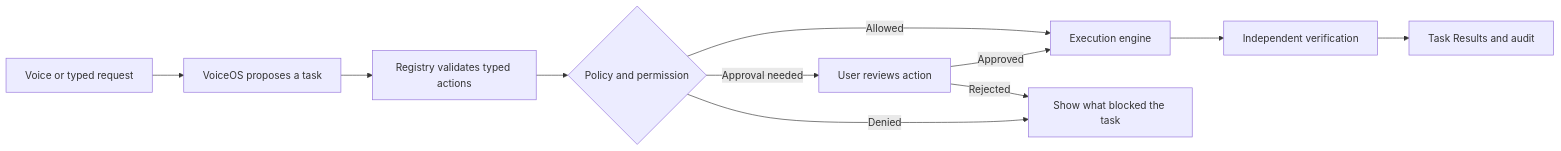
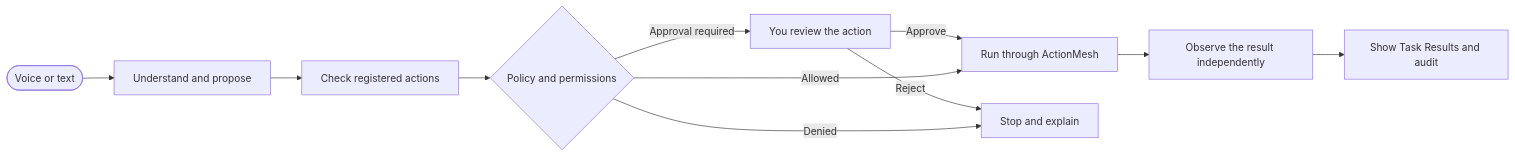
One commit to abhijeetmiskin1/ActionMesh changed the diagram in README.md. Above: the diagram before and after it, drawn with Mermaid. The commit also changed other lines of this file and 49 other files, not shown here.

````diff
--- a/README.md
+++ b/README.md
@@ -33,13 +72,13 @@
 ```mermaid
 flowchart LR
-    U[Voice or typed request] --> P[VoiceOS proposes a task]
-    P --> R[Registry validates typed actions]
-    R --> A{Policy and permission}
-    A -->|Approval needed| H[User reviews action]
-    H -->|Approved| E[Execution engine]
-    A -->|Allowed| E
-    A -->|Denied| S[Show what blocked the task]
-    H -->|Rejected| S
-    E --> V[Independent verification]
-    V --> T[Task Results and audit]
+    U([Voice or text]) --> V[Understand and propose]
+    V --> R[Check registered actions]
+    R --> P{Policy and permissions}
+    P -->|Approval required| H[You review the action]
+    H -->|Approve| X[Run through ActionMesh]
+    P -->|Allowed| X
+    H -->|Reject| S[Stop and explain]
+    P -->|Denied| S
+    X --> O[Observe the result independently]
+    O --> T[Show Task Results and audit]
 ```
````
